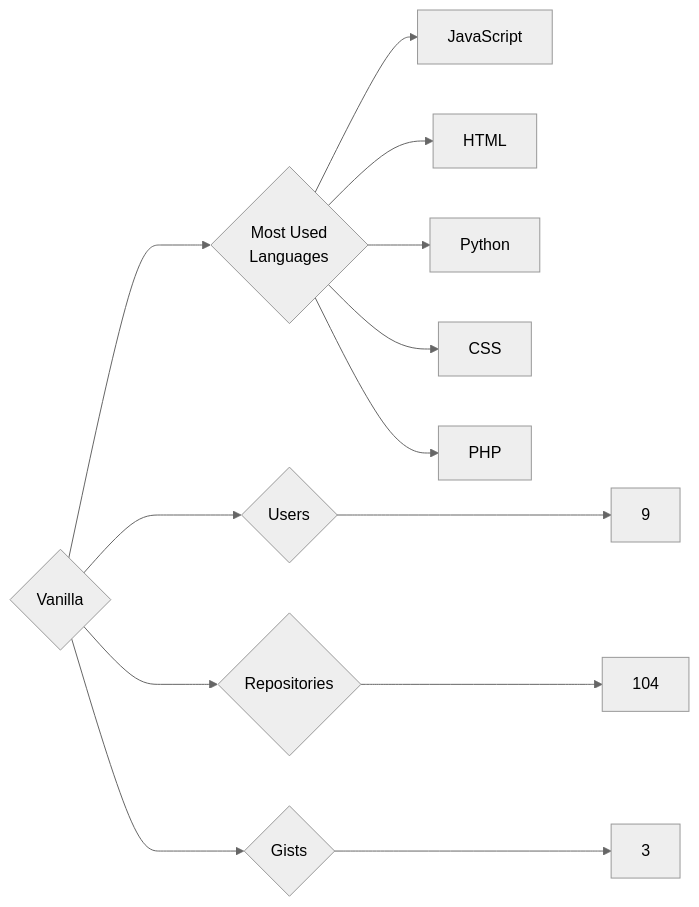
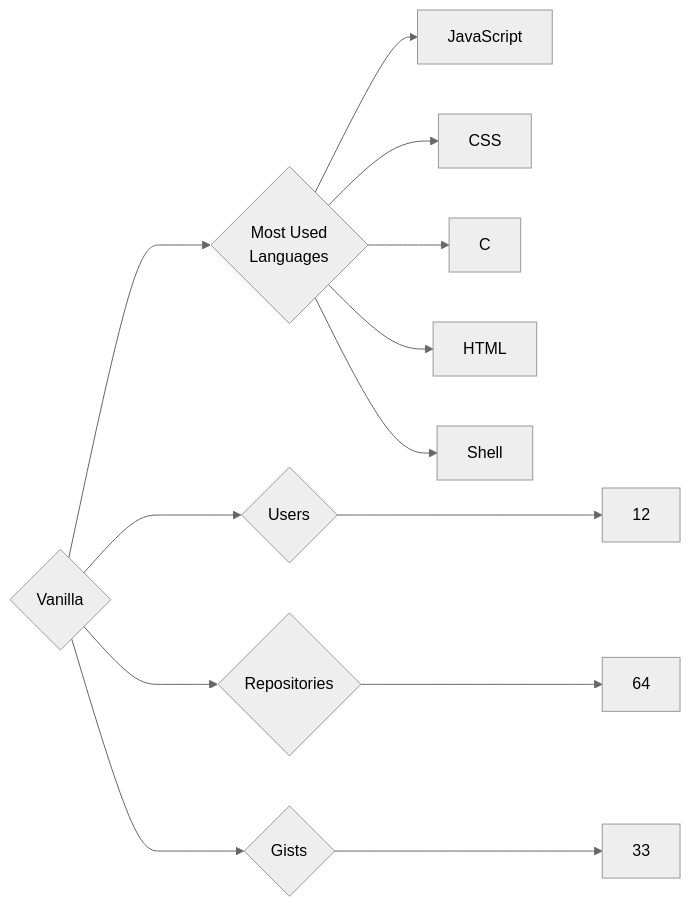
The diagram in targets/Vanilla/README.md (trickest/insiders), drawn with Mermaid (neutral theme) before and after one commit. The commit also changed 1484 other files, not shown here.

````diff
--- a/targets/Vanilla/README.md
+++ b/targets/Vanilla/README.md
@@ -3,13 +3,13 @@
 ```mermaid
 graph LR
 COMPANY_NAME{Vanilla}
-COMPANY_NAME ---> U{Users} ---> UN[9]
-COMPANY_NAME ---> R{Repositories} ---> RN[104]
-COMPANY_NAME ---> G{Gists} ---> GN[3]
+COMPANY_NAME ---> U{Users} ---> UN[12]
+COMPANY_NAME ---> R{Repositories} ---> RN[64]
+COMPANY_NAME ---> G{Gists} ---> GN[33]
 COMPANY_NAME ---> ML{Most Used<br>Languages}
 ML --> JavaScript[JavaScript]
+ML --> CSS[CSS]
+ML --> C[C]
 ML --> HTML[HTML]
-ML --> Python[Python]
-ML --> CSS[CSS]
-ML --> PHP[PHP]
+ML --> Shell[Shell]
 ```
````
